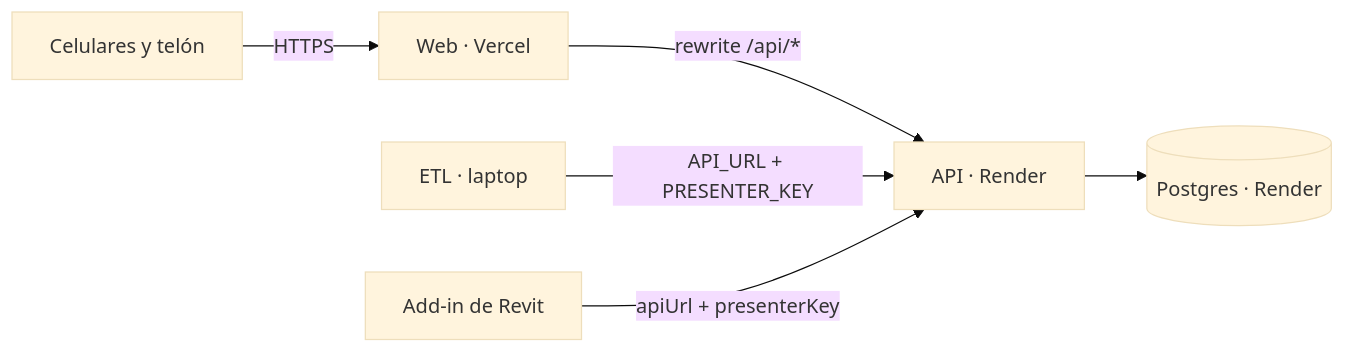
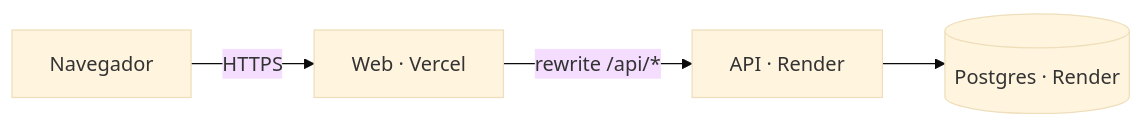
Before and after one commit to platanus-hack/platanus-hack-26-cl-team-27: the diagram in docs/despliegue.md, drawn with Mermaid (base theme). The commit also changed other lines of this file and 367 other files, not shown here.

````diff
--- a/docs/despliegue.md
+++ b/docs/despliegue.md
@@ -5,8 +5,6 @@
 ```mermaid
 flowchart LR
-  P[Celulares y telón] -->|HTTPS| W[Web · Vercel]
+  P[Navegador] -->|HTTPS| W[Web · Vercel]
   W -->|rewrite /api/*| A[API · Render]
-  E[ETL · laptop] -->|API_URL + PRESENTER_KEY| A
-  R[Add-in de Revit] -->|apiUrl + presenterKey| A
   A --> D[(Postgres · Render)]
 ```
````
